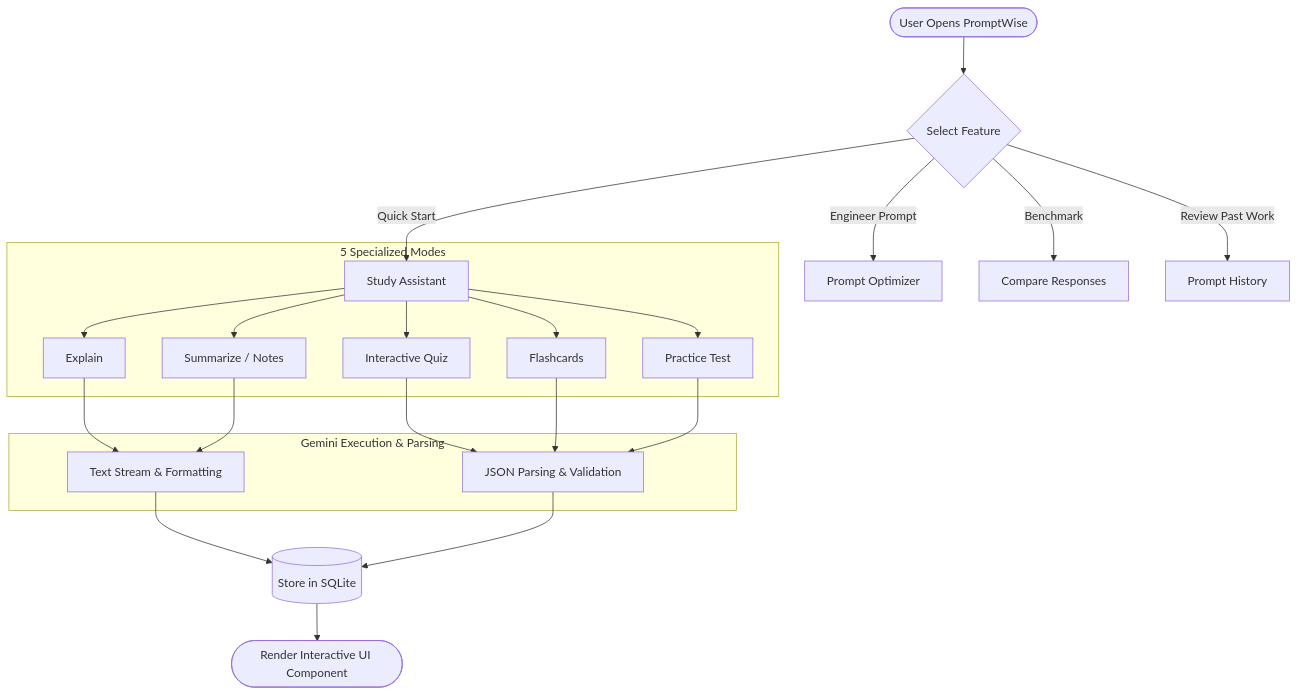
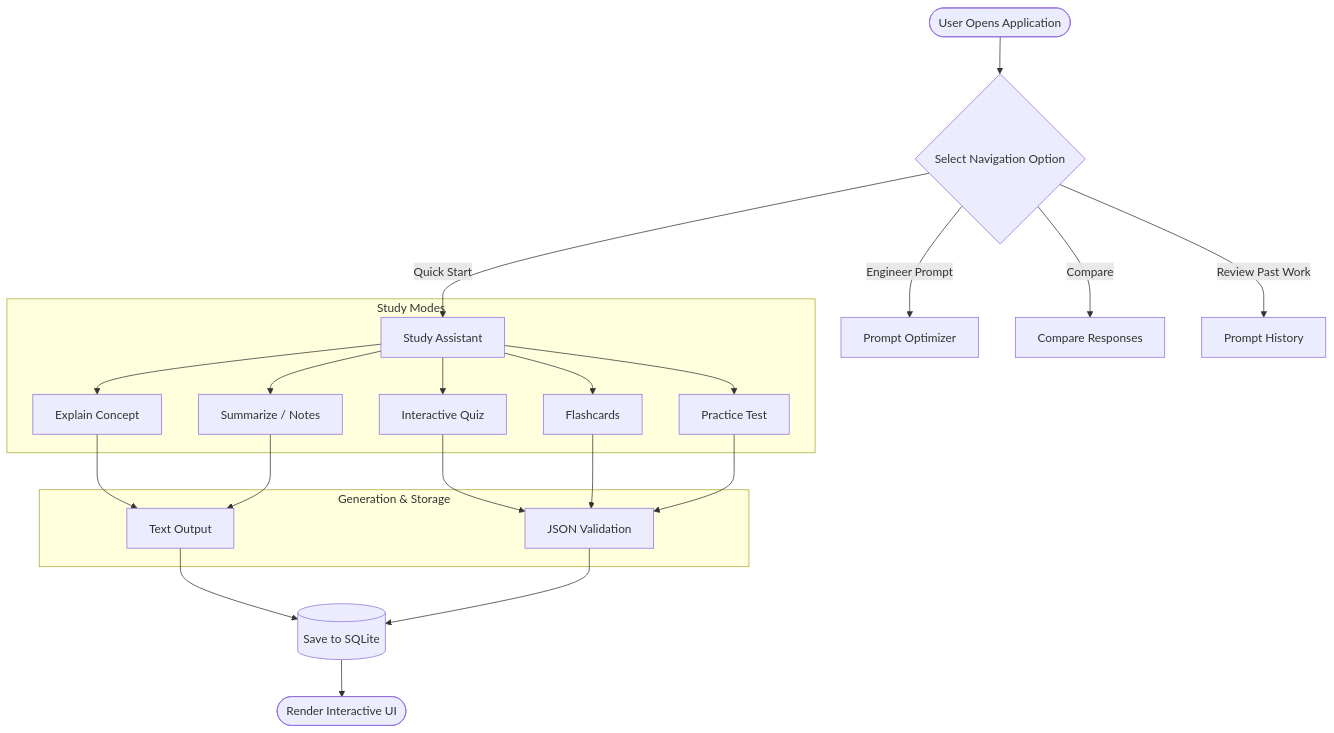
Before and after one commit to Yaditiarora/PromptWise: the second of 3 diagrams in README.md, drawn with Mermaid. The commit also changed other lines of this file and 6 other files, not shown here.

````diff
--- a/README.md
+++ b/README.md
@@ -83,29 +83,29 @@
 ```mermaid
 flowchart TD
-    Start([User Opens PromptWise]) --> ModeSelect{Select Feature}
+    Start([User Opens Application]) --> ModeSelect{Select Navigation Option}
     
     ModeSelect -->|Quick Start| SA_Flow[Study Assistant]
     ModeSelect -->|Engineer Prompt| PO_Flow[Prompt Optimizer]
-    ModeSelect -->|Benchmark| Comp_Flow[Compare Responses]
+    ModeSelect -->|Compare| Comp_Flow[Compare Responses]
     ModeSelect -->|Review Past Work| Hist_Flow[Prompt History]
 
-    subgraph Study_Assistant_Modes [5 Specialized Modes]
-        SA_Flow --> M1[Explain]
+    subgraph Study_Assistant_Modes [Study Modes]
+        SA_Flow --> M1[Explain Concept]
         SA_Flow --> M2[Summarize / Notes]
         SA_Flow --> M3[Interactive Quiz]
         SA_Flow --> M4[Flashcards]
         SA_Flow --> M5[Practice Test]
     end
 
-    subgraph AI_Execution [Gemini Execution & Parsing]
-        M1 --> TextGen[Text Stream & Formatting]
+    subgraph AI_Execution [Generation & Storage]
+        M1 --> TextGen[Text Output]
         M2 --> TextGen
-        M3 --> JSONParse[JSON Parsing & Validation]
+        M3 --> JSONParse[JSON Validation]
         M4 --> JSONParse
         M5 --> JSONParse
     end
 
-    TextGen --> SaveDB[(Store in SQLite)]
+    TextGen --> SaveDB[(Save to SQLite)]
     JSONParse --> SaveDB
-    SaveDB --> OutputView([Render Interactive UI Component])
+    SaveDB --> OutputView([Render Interactive UI])
 ```
````
